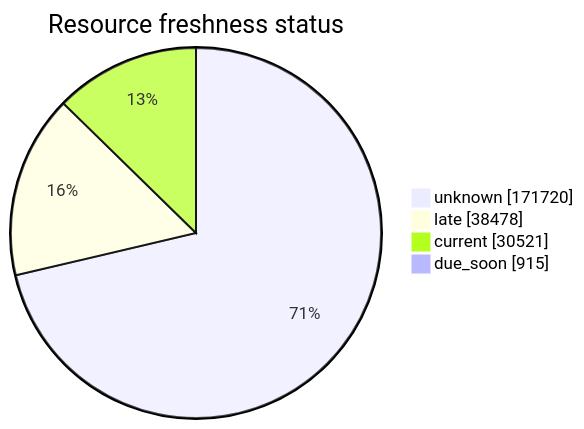
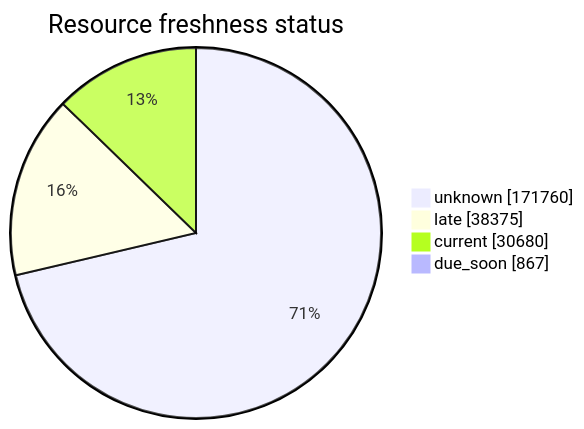
The third of 5 diagrams in FreshCheck/README.md (open-data/analytics-corporate-reporting), drawn with Mermaid before and after one commit. The commit also changed other lines of this file and 3 other files, not shown here.

````diff
--- a/FreshCheck/README.md
+++ b/FreshCheck/README.md
@@ -77,7 +77,7 @@
 ```mermaid
 pie showData title Resource freshness status
-    "unknown": 171720
-    "late": 38478
-    "current": 30521
-    "due_soon": 915
+    "unknown": 171760
+    "late": 38375
+    "current": 30680
+    "due_soon": 867
 ```
````
